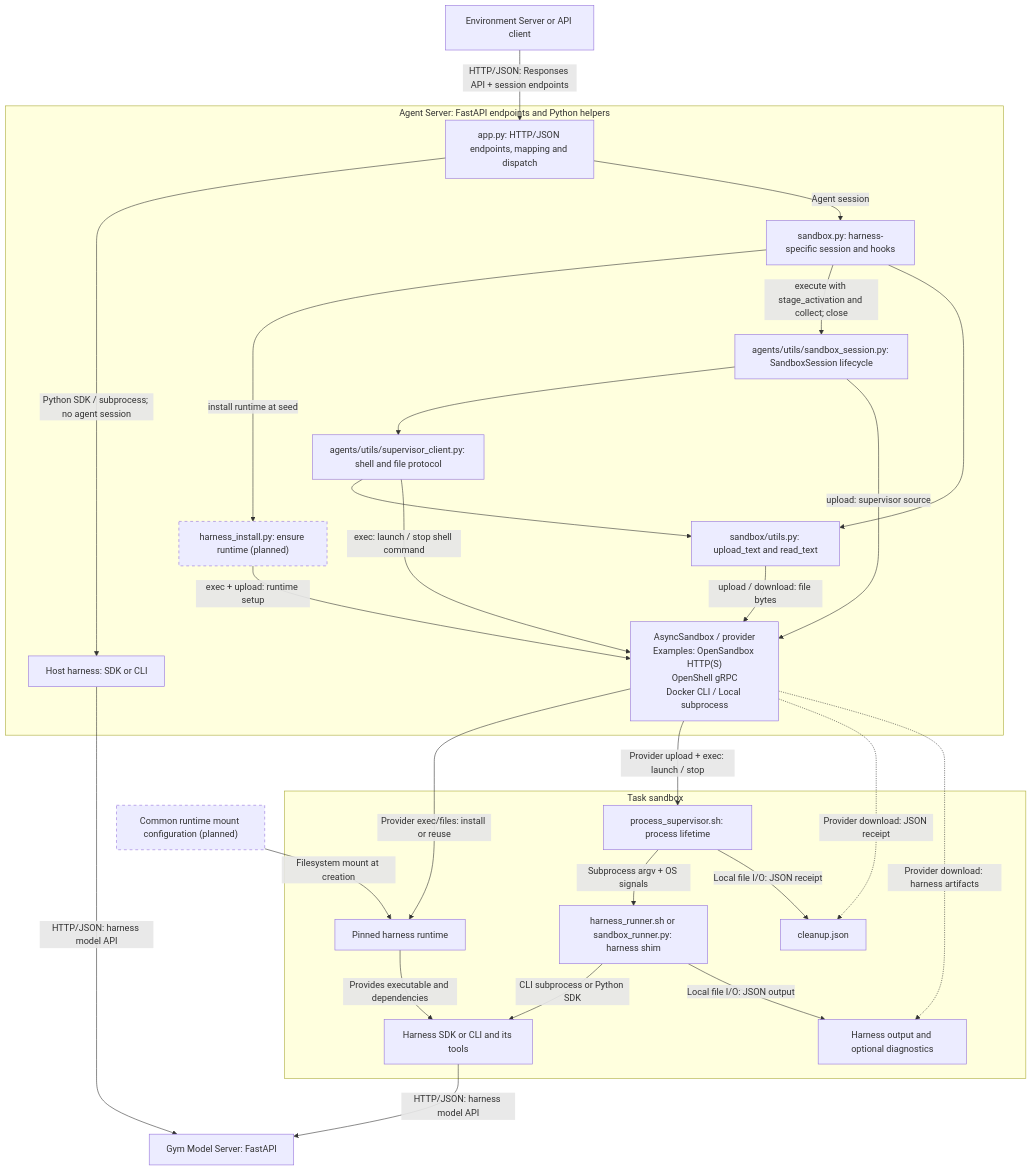
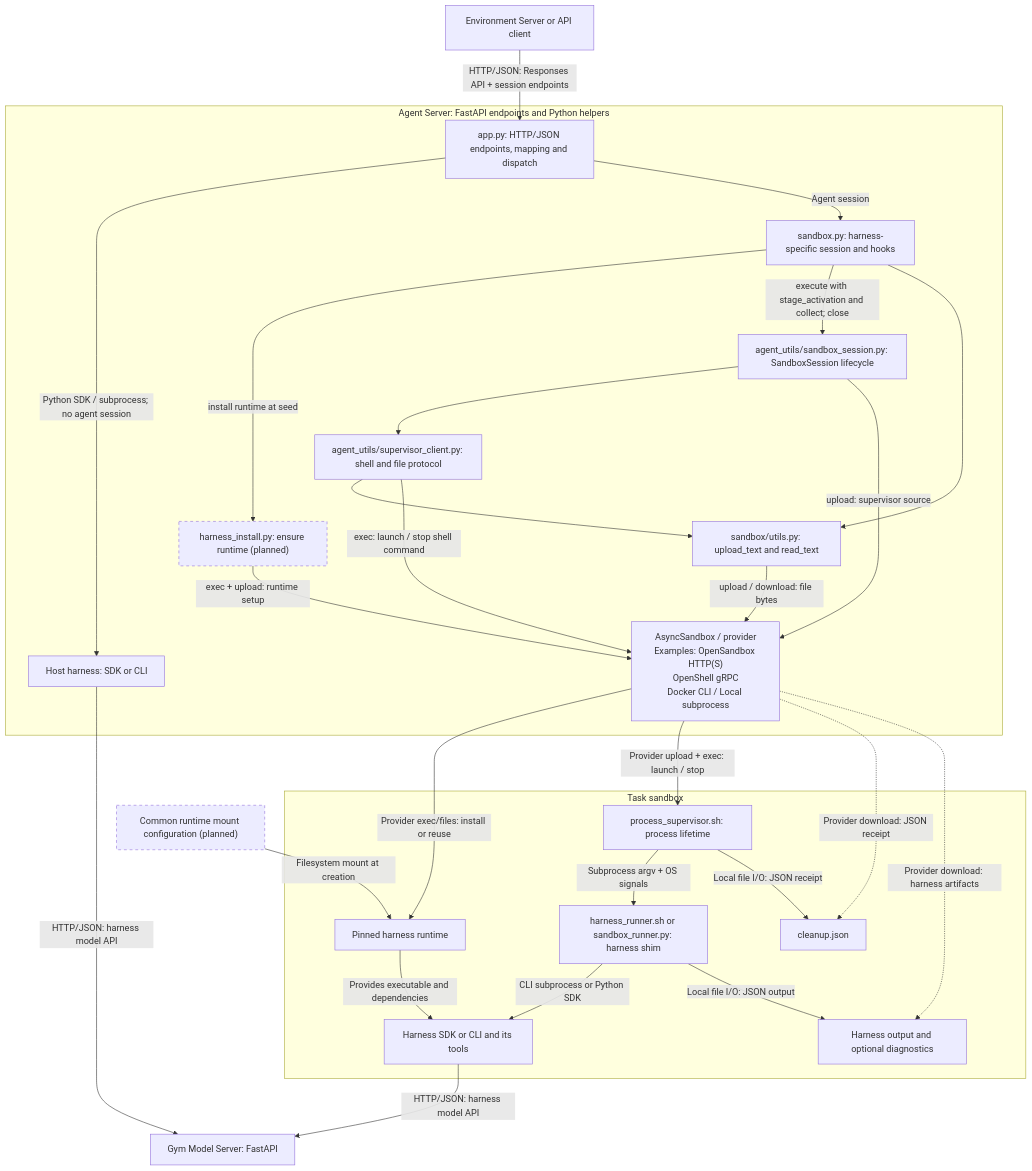
Before and after one commit to NVIDIA-NeMo/Gym: the second of 2 diagrams in fern/versions/latest/pages/agent-server/add-or-update-a-harness.mdx, drawn with Mermaid. The commit also changed other lines of this file and 947 other files, not shown here.

````diff
--- a/fern/versions/latest/pages/agent-server/add-or-update-a-harness.mdx
+++ b/fern/versions/latest/pages/agent-server/add-or-update-a-harness.mdx
@@ -378,54 +376,54 @@
 ```mermaid
 flowchart TB
     ENTRY["Environment Server or API client"]
 
     subgraph AS["Agent Server: FastAPI endpoints and Python helpers"]
         APP["app.py: HTTP/JSON endpoints, mapping and dispatch"]
         LOCAL["Host harness: SDK or CLI"]
         ADAPTER["sandbox.py: harness-specific session and hooks"]
-        SESSION["agents/utils/sandbox_session.py: SandboxSession lifecycle"]
+        SESSION["agent_utils/sandbox_session.py: SandboxSession lifecycle"]
         INSTALL["harness_install.py: ensure runtime (planned)"]
-        CLIENT["agents/utils/supervisor_client.py: shell and file protocol"]
+        CLIENT["agent_utils/supervisor_client.py: shell and file protocol"]
         FILES["sandbox/utils.py: upload_text and read_text"]
         PROVIDER["AsyncSandbox / provider<br/>Examples: OpenSandbox HTTP(S)<br/>OpenShell gRPC<br/>Docker CLI / Local subprocess"]
         APP -->|"Python SDK / subprocess; no agent session"| LOCAL
         APP -->|"Agent session"| ADAPTER
         ADAPTER -->|"install runtime at seed"| INSTALL
         ADAPTER -->|"execute with stage_activation and collect; close"| SESSION
         SESSION --> CLIENT
         ADAPTER --> FILES
         CLIENT --> FILES
         INSTALL -->|"exec + upload: runtime setup"| PROVIDER
         SESSION -->|"upload: supervisor source"| PROVIDER
         CLIENT -->|"exec: launch / stop shell command"| PROVIDER
         FILES -->|"upload / download: file bytes"| PROVIDER
     end
 
     ENTRY -->|"HTTP/JSON: Responses API + session endpoints"| APP
     MOUNTS["Common runtime mount configuration (planned)"]
 
     subgraph SB["Task sandbox"]
         RUNTIME["Pinned harness runtime"]
         SUPERVISOR["process_supervisor.sh: process lifetime"]
         SHIM["harness_runner.sh or sandbox_runner.py: harness shim"]
         HARNESS["Harness SDK or CLI and its tools"]
         CLEANUP["cleanup.json"]
         OUTPUT["Harness output and optional diagnostics"]
         SUPERVISOR -->|"Subprocess argv + OS signals"| SHIM
         SHIM -->|"CLI subprocess or Python SDK"| HARNESS
         RUNTIME -->|"Provides executable and dependencies"| HARNESS
         SUPERVISOR -->|"Local file I/O: JSON receipt"| CLEANUP
         SHIM -->|"Local file I/O: JSON output"| OUTPUT
     end
 
     PROVIDER -->|"Provider exec/files: install or reuse"| RUNTIME
     MOUNTS -->|"Filesystem mount at creation"| RUNTIME
     PROVIDER -->|"Provider upload + exec: launch / stop"| SUPERVISOR
     PROVIDER -.->|"Provider download: JSON receipt"| CLEANUP
     PROVIDER -.->|"Provider download: harness artifacts"| OUTPUT
     HARNESS -->|"HTTP/JSON: harness model API"| MODEL["Gym Model Server: FastAPI"]
     LOCAL -->|"HTTP/JSON: harness model API"| MODEL
 
     classDef planned stroke-dasharray: 5 5;
     class INSTALL,MOUNTS planned;
 ```
````
